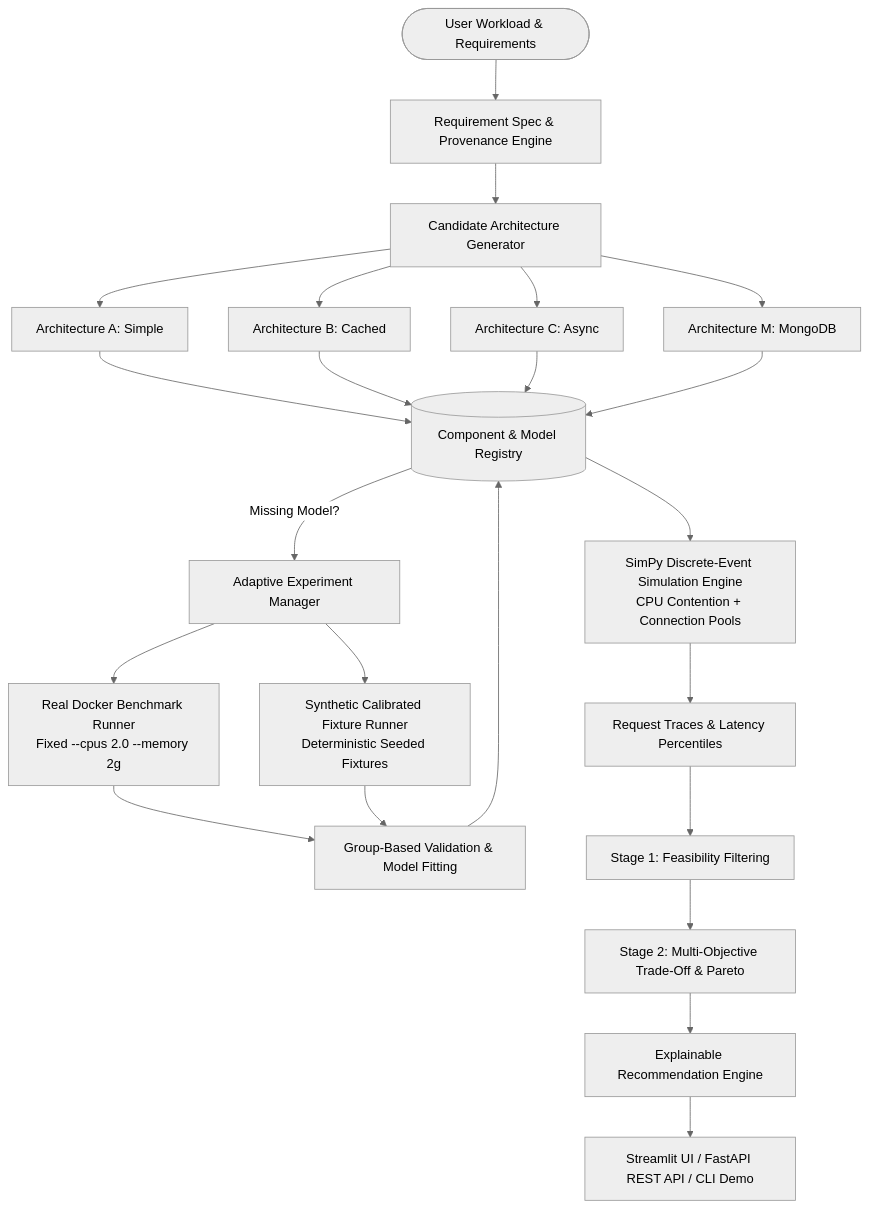
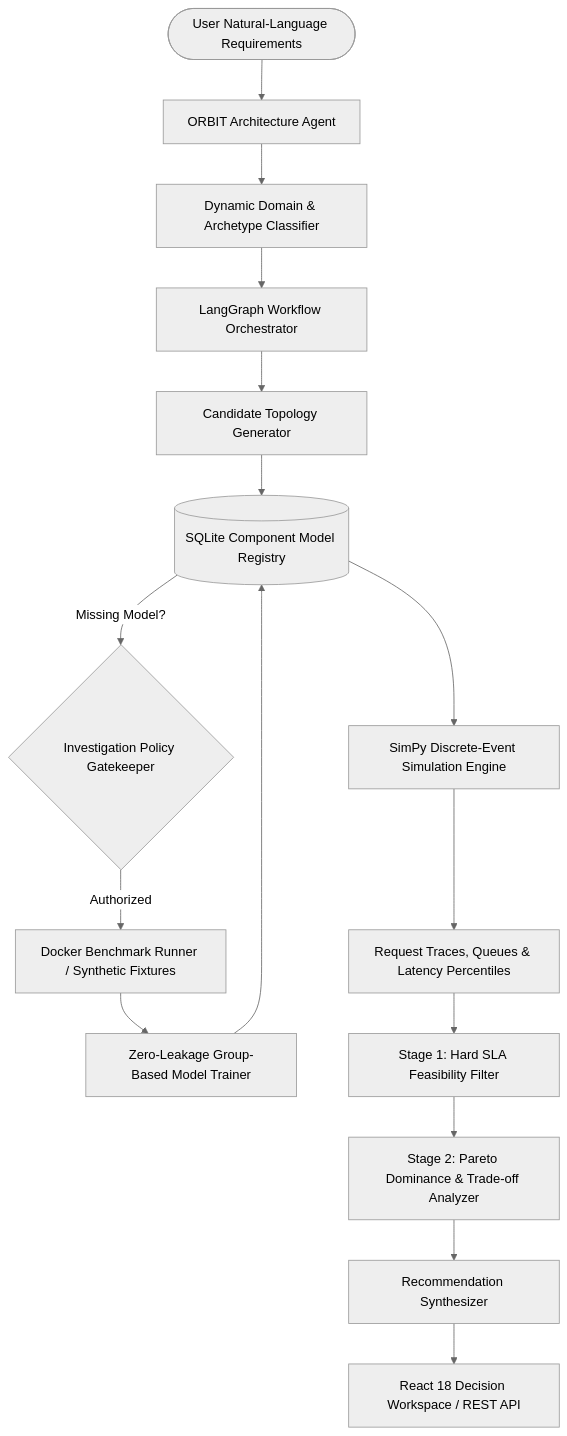
Before and after one commit to Vicky-258/ORBIT: the diagram in README.md, drawn with Mermaid (neutral theme). The commit also changed other lines of this file and 190 other files, not shown here.

````diff
--- a/README.md
+++ b/README.md
@@ -102,29 +92,22 @@
 ```mermaid
 flowchart TD
-    User([User Workload & Requirements]) --> Specs[Requirement Spec & Provenance Engine]
-    Specs --> Gen[Candidate Architecture Generator]
-    Gen --> ArchA[Architecture A: Simple]
-    Gen --> ArchB[Architecture B: Cached]
-    Gen --> ArchC[Architecture C: Async]
-    Gen --> ArchM[Architecture M: MongoDB]
+    User([User Natural-Language Requirements]) --> Agent[ORBIT Architecture Agent]
+    Agent --> Taxonomy[Dynamic Domain & Archetype Classifier]
+    Taxonomy --> Orch[LangGraph Workflow Orchestrator]
     
-    ArchA & ArchB & ArchC & ArchM --> Registry[(Component & Model Registry)]
+    Orch --> Gen[Candidate Topology Generator]
+    Gen --> Reg[(SQLite Component Model Registry)]
     
-    Registry -- "Missing Model?" --> BenchMgr[Adaptive Experiment Manager]
-    BenchMgr --> DockerRunner[Real Docker Benchmark Runner
-Fixed --cpus 2.0 --memory 2g]
-    BenchMgr --> SynRunner[Synthetic Calibrated Fixture Runner
-Deterministic Seeded Fixtures]
+    Reg -- "Missing Model?" --> Policy{Investigation Policy Gatekeeper}
+    Policy -- "Authorized" --> Bench[Docker Benchmark Runner / Synthetic Fixtures]
+    Bench --> Trainer[Zero-Leakage Group-Based Model Trainer]
+    Trainer --> Reg
     
-    DockerRunner & SynRunner --> ModelTrainer[Group-Based Validation & Model Fitting]
-    ModelTrainer --> Registry
+    Reg --> SimPy[SimPy Discrete-Event Simulation Engine]
+    SimPy --> Metrics[Request Traces, Queues & Latency Percentiles]
     
-    Registry --> SimPy[SimPy Discrete-Event Simulation Engine
-CPU Contention + Connection Pools]
-    SimPy --> Metrics[Request Traces & Latency Percentiles]
-    
-    Metrics --> Stage1[Stage 1: Feasibility Filtering]
-    Stage1 --> Stage2[Stage 2: Multi-Objective Trade-Off & Pareto]
-    Stage2 --> Recommender[Explainable Recommendation Engine]
-    Recommender --> UI[Streamlit UI / FastAPI REST API / CLI Demo]
+    Metrics --> Filter[Stage 1: Hard SLA Feasibility Filter]
+    Filter --> Pareto[Stage 2: Pareto Dominance & Trade-off Analyzer]
+    Pareto --> Synth[Recommendation Synthesizer]
+    Synth --> Frontend[React 18 Decision Workspace / REST API]
 ```
````
